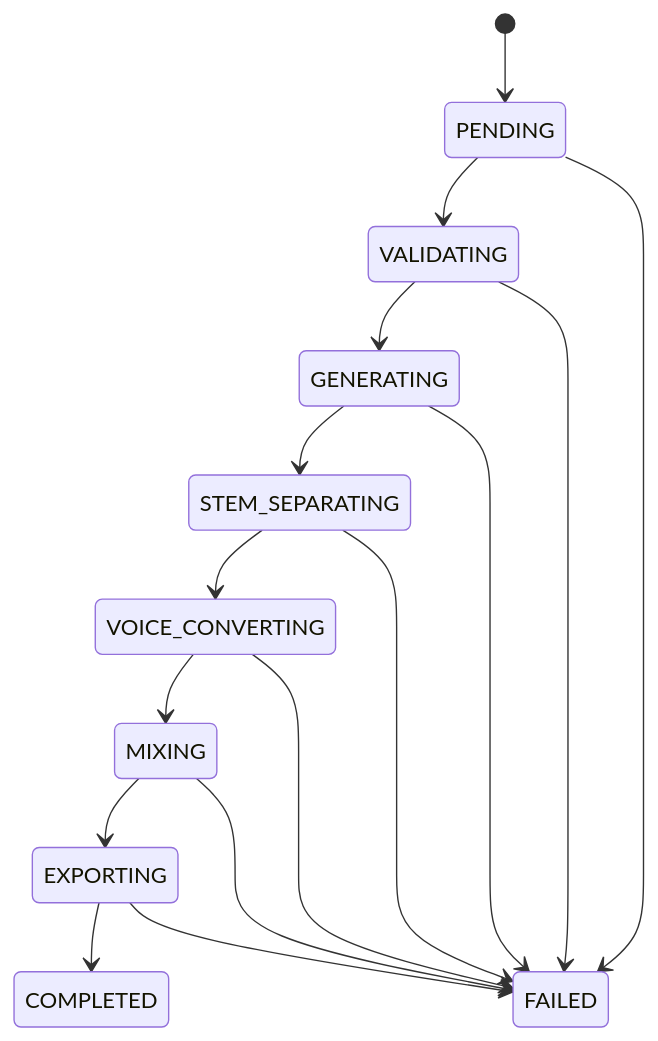
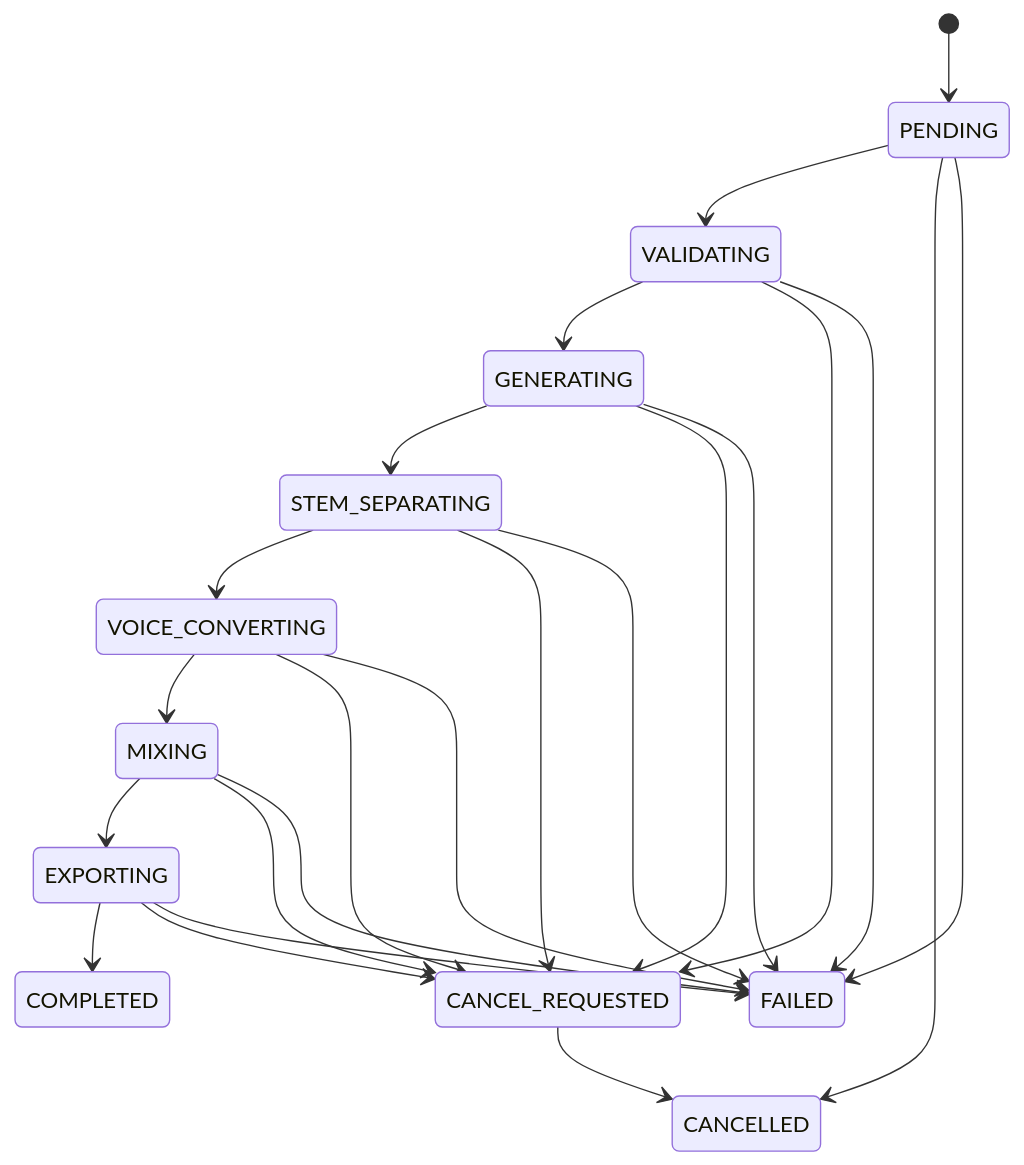
One commit to DohaStudio/DohaMusic changed the second of 2 diagrams in docs/03-architecture/studio-ux-flow.md. Above: the diagram before and after it, drawn with Mermaid. The commit also changed other lines of this file and 43 other files, not shown here.

````diff
--- a/docs/03-architecture/studio-ux-flow.md
+++ b/docs/03-architecture/studio-ux-flow.md
@@ -52,18 +52,26 @@
 ```mermaid
 stateDiagram-v2
   [*] --> PENDING
   PENDING --> VALIDATING
   VALIDATING --> GENERATING
   GENERATING --> STEM_SEPARATING
   STEM_SEPARATING --> VOICE_CONVERTING
   VOICE_CONVERTING --> MIXING
   MIXING --> EXPORTING
   EXPORTING --> COMPLETED
+  PENDING --> CANCELLED
+  VALIDATING --> CANCEL_REQUESTED
+  GENERATING --> CANCEL_REQUESTED
+  STEM_SEPARATING --> CANCEL_REQUESTED
+  VOICE_CONVERTING --> CANCEL_REQUESTED
+  MIXING --> CANCEL_REQUESTED
+  EXPORTING --> CANCEL_REQUESTED
+  CANCEL_REQUESTED --> CANCELLED
   PENDING --> FAILED
   VALIDATING --> FAILED
   GENERATING --> FAILED
   STEM_SEPARATING --> FAILED
   VOICE_CONVERTING --> FAILED
   MIXING --> FAILED
   EXPORTING --> FAILED
 ```
````
